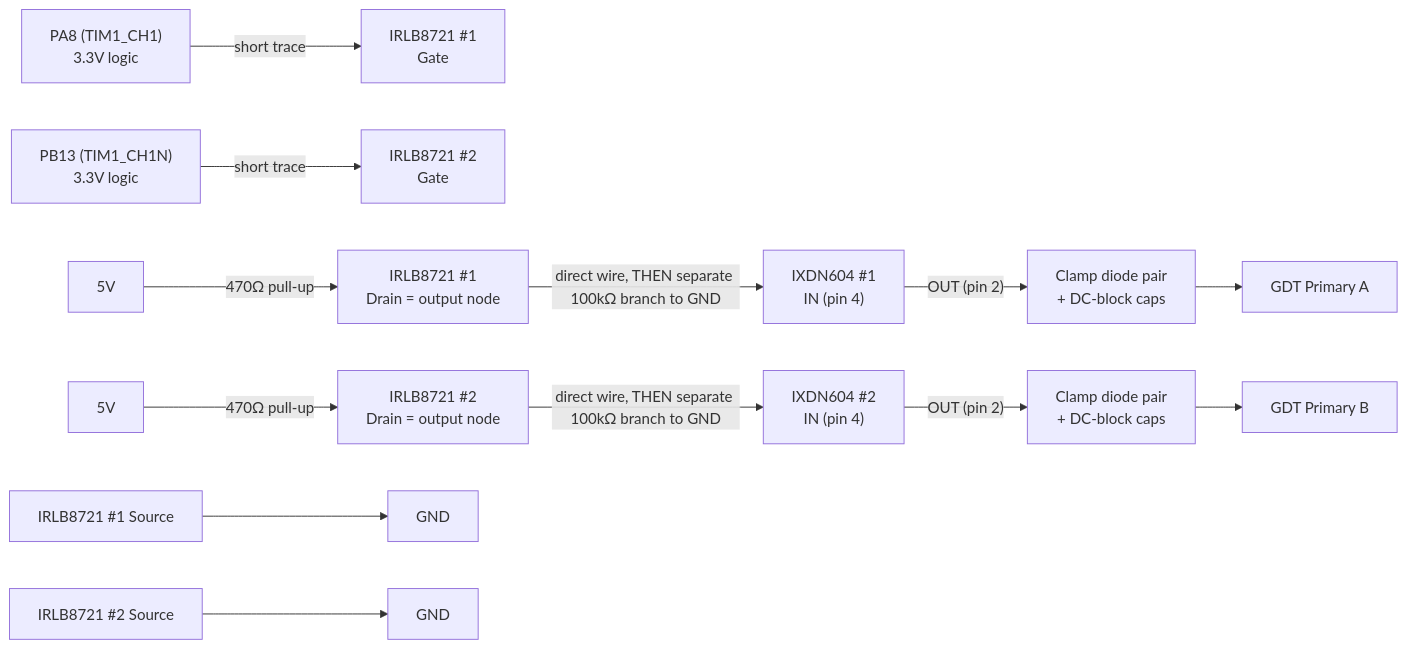
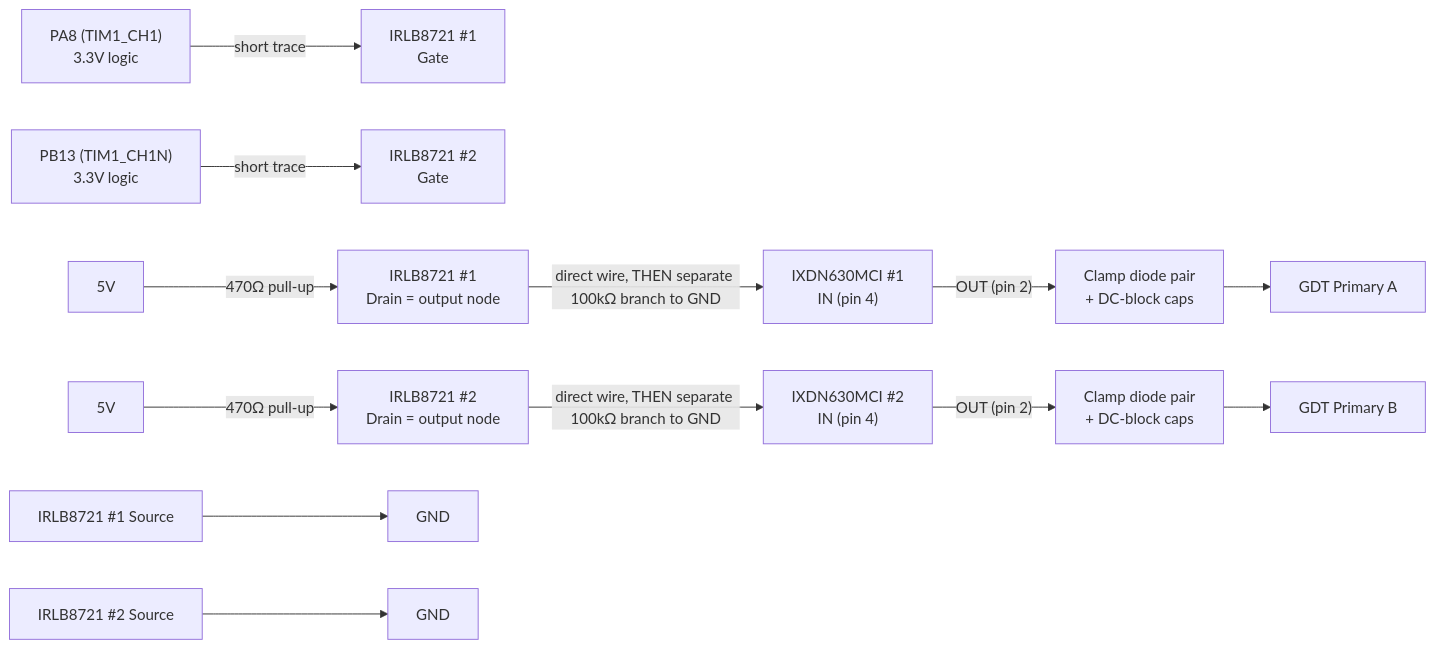
The first of 4 diagrams in docs/BOARD_V2_DIRECT.md (metanurb21/Nucleo-induction-heater), drawn with Mermaid before and after one commit. The commit also changed other lines of this file and 5 other files, not shown here.

First line of the commit message:
Fix gate driver part number: IXDN604 -> IXDN630MCI (actual part in use)

````diff
--- a/docs/BOARD_V2_DIRECT.md
+++ b/docs/BOARD_V2_DIRECT.md
@@ -28,19 +28,19 @@
 ```mermaid
 graph LR
     PA8["PA8 (TIM1_CH1)<br/>3.3V logic"] -->|"short trace"| Q1G["IRLB8721 #1<br/>Gate"]
     PB13["PB13 (TIM1_CH1N)<br/>3.3V logic"] -->|"short trace"| Q2G["IRLB8721 #2<br/>Gate"]
 
     V5A["5V"] -->|"470Ω pull-up"| Q1D["IRLB8721 #1<br/>Drain = output node"]
     V5B["5V"] -->|"470Ω pull-up"| Q2D["IRLB8721 #2<br/>Drain = output node"]
 
-    Q1D -->|"direct wire, THEN separate 100kΩ branch to GND"| IXDN1["IXDN604 #1<br/>IN (pin 4)"]
-    Q2D -->|"direct wire, THEN separate 100kΩ branch to GND"| IXDN2["IXDN604 #2<br/>IN (pin 4)"]
+    Q1D -->|"direct wire, THEN separate 100kΩ branch to GND"| IXDN1["IXDN630MCI #1<br/>IN (pin 4)"]
+    Q2D -->|"direct wire, THEN separate 100kΩ branch to GND"| IXDN2["IXDN630MCI #2<br/>IN (pin 4)"]
 
     Q1S["IRLB8721 #1 Source"] --> GND1["GND"]
     Q2S["IRLB8721 #2 Source"] --> GND2["GND"]
 
     IXDN1 -->|"OUT (pin 2)"| PROT1["Clamp diode pair<br/>+ DC-block caps"]
     IXDN2 -->|"OUT (pin 2)"| PROT2["Clamp diode pair<br/>+ DC-block caps"]
     PROT1 --> GDT1["GDT Primary A"]
     PROT2 --> GDT2["GDT Primary B"]
 ```
````
